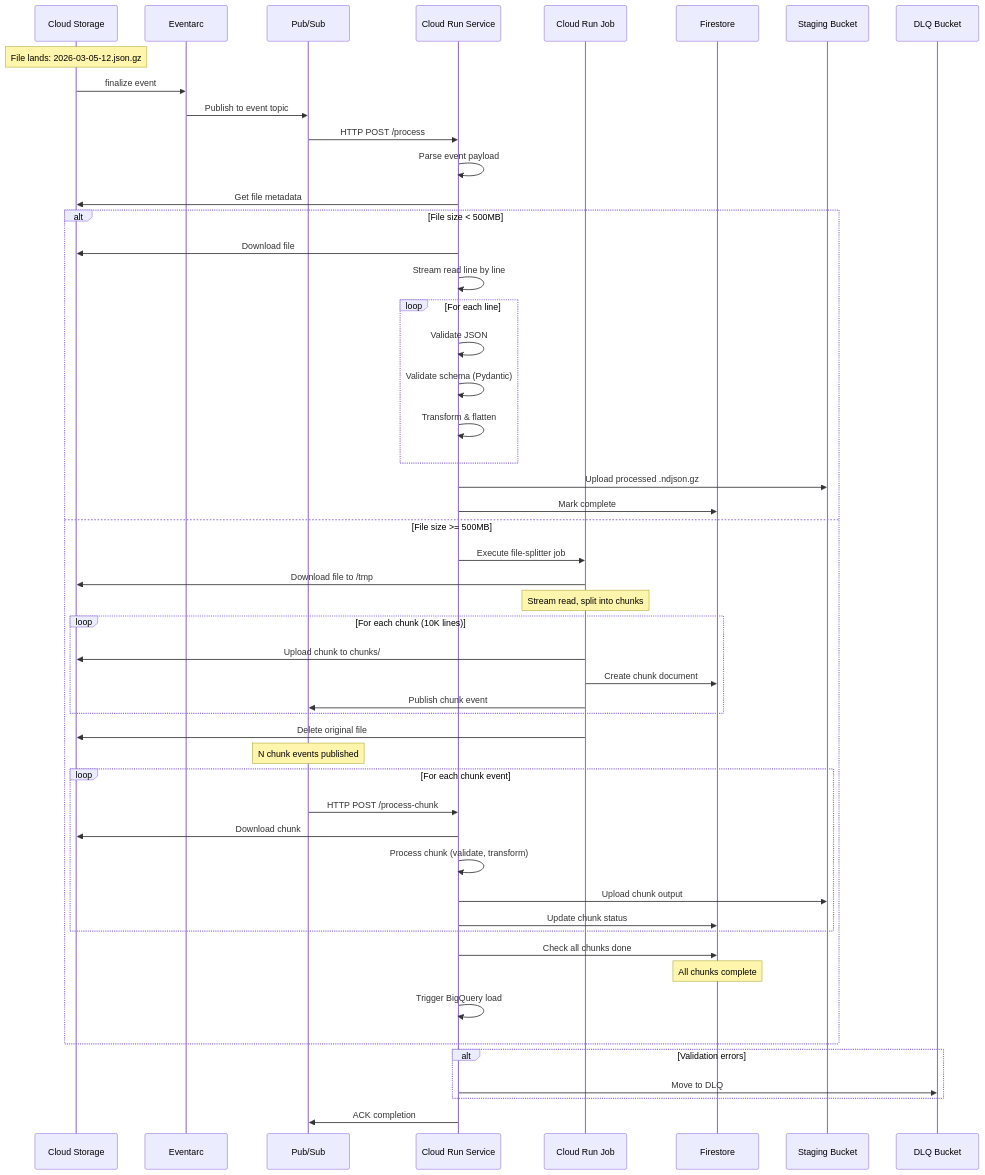
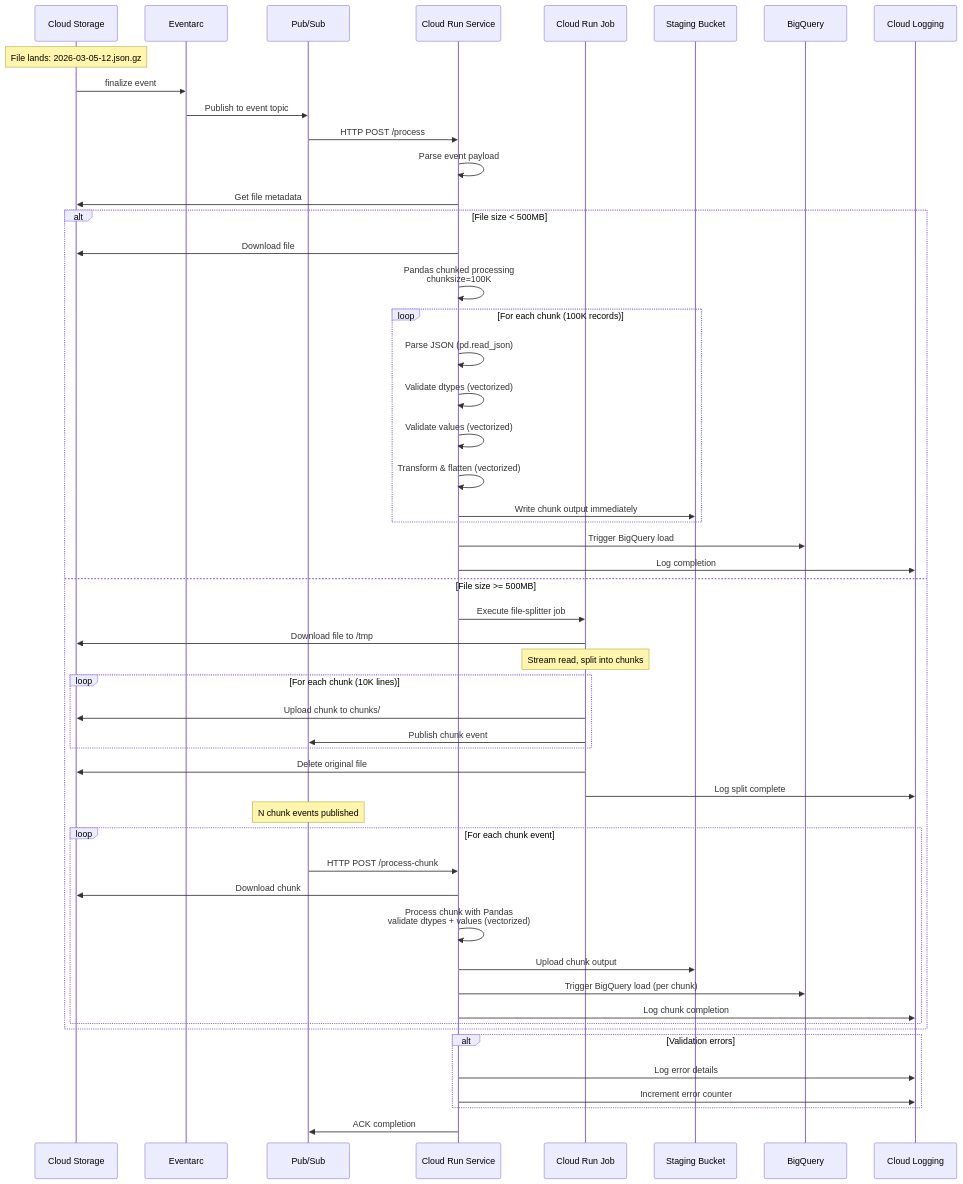
The diagram in design/github_archive/phase2_process_files/diagrams/07_sequence_diagram.md (prateekpanjla-outlook/gcp_data_proc), drawn with Mermaid before and after one commit. The commit also changed other lines of this file and 8 other files, not shown here.

First line of the commit message:
refactor: simplify Phase 2 architecture - remove Firestore tracking

````diff
--- a/design/github_archive/phase2_process_files/diagrams/07_sequence_diagram.md
+++ b/design/github_archive/phase2_process_files/diagrams/07_sequence_diagram.md
@@ -3,68 +3,68 @@
 ```mermaid
 sequenceDiagram
     participant S as Cloud Storage
     participant E as Eventarc
     participant P as Pub/Sub
     participant CRS as Cloud Run Service
     participant CRJ as Cloud Run Job
-    participant FS as Firestore
     participant STG as Staging Bucket
-    participant DLQ as DLQ Bucket
+    participant BQ as BigQuery
+    participant LOG as Cloud Logging
 
     Note over S: File lands: 2026-03-05-12.json.gz
     S->>E: finalize event
 
     E->>P: Publish to event topic
     P->>CRS: HTTP POST /process
 
     CRS->>CRS: Parse event payload
     CRS->>S: Get file metadata
 
     alt File size < 500MB
         CRS->>S: Download file
-        CRS->>CRS: Stream read line by line
+        CRS->>CRS: Pandas chunked processing<br/>chunksize=100K
 
-        loop For each line
-            CRS->>CRS: Validate JSON
-            CRS->>CRS: Validate schema (Pydantic)
-            CRS->>CRS: Transform & flatten
+        loop For each chunk (100K records)
+            CRS->>CRS: Parse JSON (pd.read_json)
+            CRS->>CRS: Validate dtypes (vectorized)
+            CRS->>CRS: Validate values (vectorized)
+            CRS->>CRS: Transform & flatten (vectorized)
+            CRS->>STG: Write chunk output immediately
         end
 
-        CRS->>STG: Upload processed .ndjson.gz
-        CRS->>FS: Mark complete
+        CRS->>BQ: Trigger BigQuery load
+        CRS->>LOG: Log completion
 
     else File size >= 500MB
         CRS->>CRJ: Execute file-splitter job
 
         CRJ->>S: Download file to /tmp
         Note over CRJ: Stream read, split into chunks
 
         loop For each chunk (10K lines)
             CRJ->>S: Upload chunk to chunks/
-            CRJ->>FS: Create chunk document
             CRJ->>P: Publish chunk event
         end
 
         CRJ->>S: Delete original file
+        CRJ->>LOG: Log split complete
 
         Note over P: N chunk events published
 
         loop For each chunk event
             P->>CRS: HTTP POST /process-chunk
             CRS->>S: Download chunk
-            CRS->>CRS: Process chunk (validate, transform)
+            CRS->>CRS: Process chunk with Pandas<br/>validate dtypes + values (vectorized)
             CRS->>STG: Upload chunk output
-            CRS->>FS: Update chunk status
+            CRS->>BQ: Trigger BigQuery load (per chunk)
+            CRS->>LOG: Log chunk completion
         end
-
-        CRS->>FS: Check all chunks done
-        Note over FS: All chunks complete
-        CRS->>CRS: Trigger BigQuery load
     end
 
     alt Validation errors
-        CRS->>DLQ: Move to DLQ
+        CRS->>LOG: Log error details
+        CRS->>LOG: Increment error counter
     end
 
     CRS->>P: ACK completion
 ```
````
